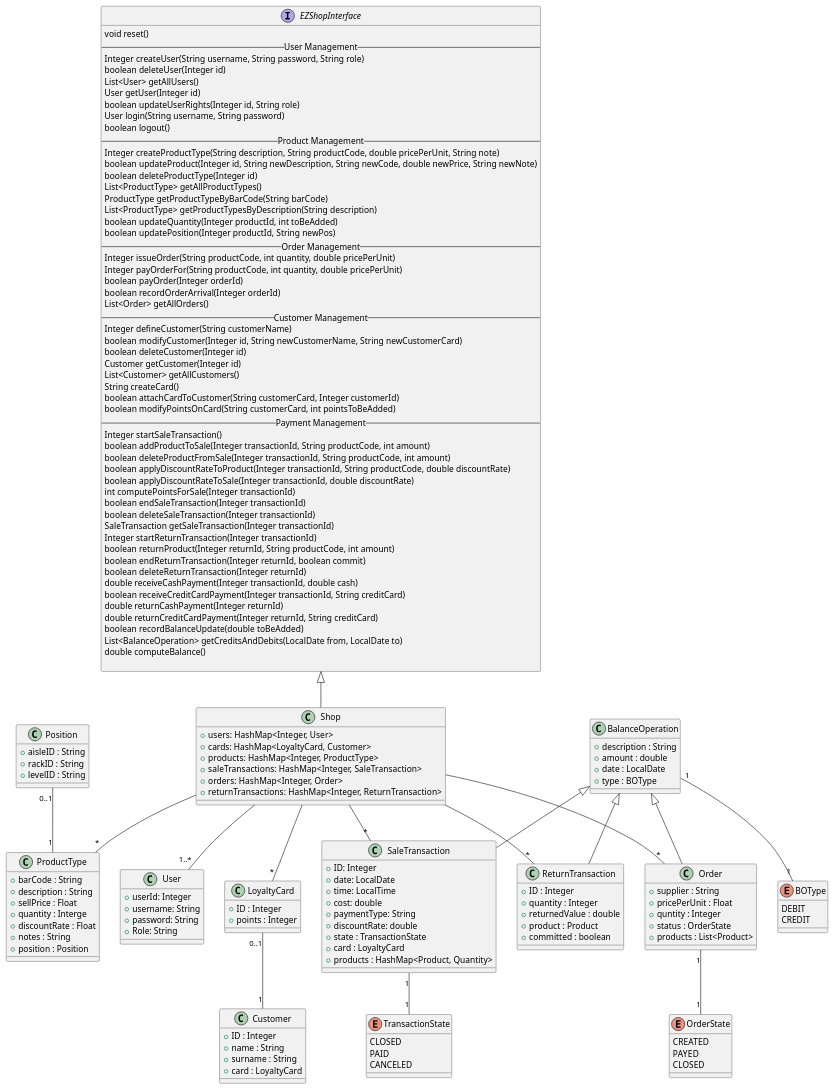
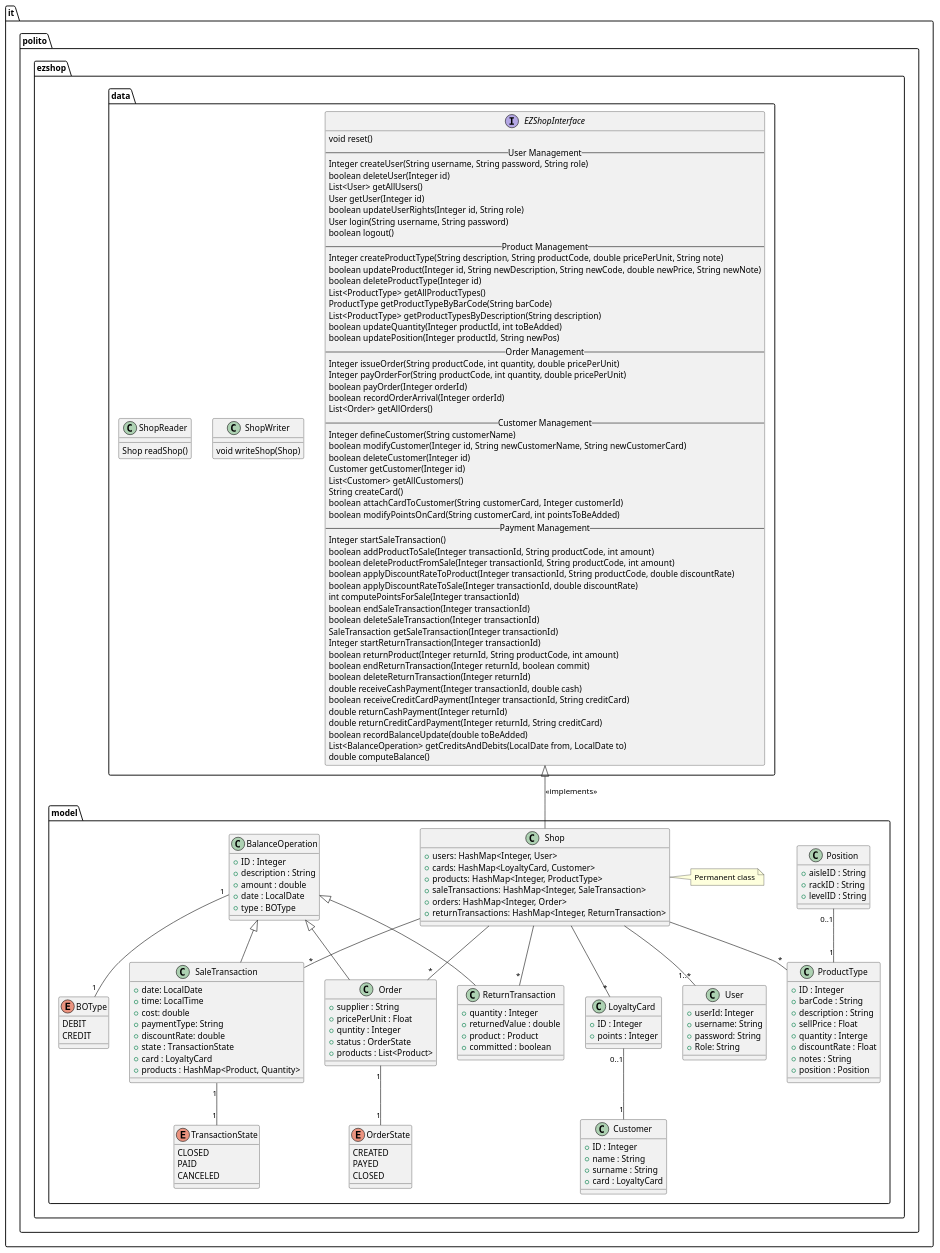
The second of 18 diagrams in Deliverables/DesignDocument.md (ThePiromaximus/ezshop), drawn with PlantUML before and after one commit. The commit also changed other lines of this file, not shown here.

````diff
--- a/Deliverables/DesignDocument.md
+++ b/Deliverables/DesignDocument.md
@@ -45,161 +45,172 @@
 ```plantuml
 @startuml
-interface "EZShopInterface" as API{
- void reset()
- -- User Management --
- Integer createUser(String username, String password, String role) 
- boolean deleteUser(Integer id) 
- List<User> getAllUsers() 
- User getUser(Integer id) 
- boolean updateUserRights(Integer id, String role)
- User login(String username, String password) 
- boolean logout()
- -- Product Management --
- Integer createProductType(String description, String productCode, double pricePerUnit, String note)
- boolean updateProduct(Integer id, String newDescription, String newCode, double newPrice, String newNote)
- boolean deleteProductType(Integer id) 
- List<ProductType> getAllProductTypes() 
- ProductType getProductTypeByBarCode(String barCode) 
- List<ProductType> getProductTypesByDescription(String description) 
- boolean updateQuantity(Integer productId, int toBeAdded) 
- boolean updatePosition(Integer productId, String newPos) 
- -- Order Management --
- Integer issueOrder(String productCode, int quantity, double pricePerUnit)
- Integer payOrderFor(String productCode, int quantity, double pricePerUnit)
- boolean payOrder(Integer orderId) 
- boolean recordOrderArrival(Integer orderId) 
- List<Order> getAllOrders() 
- -- Customer Management --
- Integer defineCustomer(String customerName) 
- boolean modifyCustomer(Integer id, String newCustomerName, String newCustomerCard) 
- boolean deleteCustomer(Integer id) 
- Customer getCustomer(Integer id) 
- List<Customer> getAllCustomers() 
- String createCard() 
- boolean attachCardToCustomer(String customerCard, Integer customerId) 
- boolean modifyPointsOnCard(String customerCard, int pointsToBeAdded) 
- -- Payment Management --
- Integer startSaleTransaction() 
- boolean addProductToSale(Integer transactionId, String productCode, int amount) 
- boolean deleteProductFromSale(Integer transactionId, String productCode, int amount) 
- boolean applyDiscountRateToProduct(Integer transactionId, String productCode, double discountRate) 
- boolean applyDiscountRateToSale(Integer transactionId, double discountRate) 
- int computePointsForSale(Integer transactionId) 
- boolean endSaleTransaction(Integer transactionId) 
- boolean deleteSaleTransaction(Integer transactionId) 
- SaleTransaction getSaleTransaction(Integer transactionId) 
- Integer startReturnTransaction(Integer transactionId) 
- boolean returnProduct(Integer returnId, String productCode, int amount) 
- boolean endReturnTransaction(Integer returnId, boolean commit) 
- boolean deleteReturnTransaction(Integer returnId) 
- double receiveCashPayment(Integer transactionId, double cash) 
- boolean receiveCreditCardPayment(Integer transactionId, String creditCard) 
- double returnCashPayment(Integer returnId) 
- double returnCreditCardPayment(Integer returnId, String creditCard) 
- boolean recordBalanceUpdate(double toBeAdded) 
- List<BalanceOperation> getCreditsAndDebits(LocalDate from, LocalDate to) 
- double computeBalance()
+package it.polito.ezshop.data {
+    interface "EZShopInterface" as API{
+    void reset()
+    -- User Management --
+    Integer createUser(String username, String password, String role) 
+    boolean deleteUser(Integer id) 
+    List<User> getAllUsers() 
+    User getUser(Integer id) 
+    boolean updateUserRights(Integer id, String role)
+    User login(String username, String password) 
+    boolean logout()
+    -- Product Management --
+    Integer createProductType(String description, String productCode, double pricePerUnit, String note)
+    boolean updateProduct(Integer id, String newDescription, String newCode, double newPrice, String newNote)
+    boolean deleteProductType(Integer id) 
+    List<ProductType> getAllProductTypes() 
+    ProductType getProductTypeByBarCode(String barCode) 
+    List<ProductType> getProductTypesByDescription(String description) 
+    boolean updateQuantity(Integer productId, int toBeAdded) 
+    boolean updatePosition(Integer productId, String newPos) 
+    -- Order Management --
+    Integer issueOrder(String productCode, int quantity, double pricePerUnit)
+    Integer payOrderFor(String productCode, int quantity, double pricePerUnit)
+    boolean payOrder(Integer orderId) 
+    boolean recordOrderArrival(Integer orderId) 
+    List<Order> getAllOrders() 
+    -- Customer Management --
+    Integer defineCustomer(String customerName) 
+    boolean modifyCustomer(Integer id, String newCustomerName, String newCustomerCard) 
+    boolean deleteCustomer(Integer id) 
+    Customer getCustomer(Integer id) 
+    List<Customer> getAllCustomers() 
+    String createCard() 
+    boolean attachCardToCustomer(String customerCard, Integer customerId) 
+    boolean modifyPointsOnCard(String customerCard, int pointsToBeAdded) 
+    -- Payment Management --
+    Integer startSaleTransaction() 
+    boolean addProductToSale(Integer transactionId, String productCode, int amount) 
+    boolean deleteProductFromSale(Integer transactionId, String productCode, int amount) 
+    boolean applyDiscountRateToProduct(Integer transactionId, String productCode, double discountRate) 
+    boolean applyDiscountRateToSale(Integer transactionId, double discountRate) 
+    int computePointsForSale(Integer transactionId) 
+    boolean endSaleTransaction(Integer transactionId) 
+    boolean deleteSaleTransaction(Integer transactionId) 
+    SaleTransaction getSaleTransaction(Integer transactionId) 
+    Integer startReturnTransaction(Integer transactionId) 
+    boolean returnProduct(Integer returnId, String productCode, int amount) 
+    boolean endReturnTransaction(Integer returnId, boolean commit) 
+    boolean deleteReturnTransaction(Integer returnId) 
+    double receiveCashPayment(Integer transactionId, double cash) 
+    boolean receiveCreditCardPayment(Integer transactionId, String creditCard) 
+    double returnCashPayment(Integer returnId) 
+    double returnCreditCardPayment(Integer returnId, String creditCard) 
+    boolean recordBalanceUpdate(double toBeAdded) 
+    List<BalanceOperation> getCreditsAndDebits(LocalDate from, LocalDate to) 
+    double computeBalance()
+    }
 
+    class ShopWriter {
+       void writeShop(Shop)
+    }
+    class ShopReader {
+        Shop readShop()
+    }
 }
 
-class Shop {
- +users: HashMap<Integer, User>
- +cards: HashMap<LoyaltyCard, Customer>
- +products: HashMap<Integer, ProductType>
- +saleTransactions: HashMap<Integer, SaleTransaction>
- +orders: HashMap<Integer, Order>
- +returnTransactions: HashMap<Integer, ReturnTransaction>
-}
+package it.polito.ezshop.model{
+    class Shop {
+        +users: HashMap<Integer, User>
+        +cards: HashMap<LoyaltyCard, Customer>
+        +products: HashMap<Integer, ProductType>
+        +saleTransactions: HashMap<Integer, SaleTransaction>
+        +orders: HashMap<Integer, Order>
+        +returnTransactions: HashMap<Integer, ReturnTransaction>
+    }
 
-class User {
- +userId: Integer
- +username: String
- +password: String
- +Role: String
-}
+    note right of Shop: Permanent class
+
+    class User {
+        +userId: Integer
+        +username: String
+        +password: String
+        +Role: String
+    }
 
 
-class ProductType {
-    +barCode : String
-    +description : String
-    +sellPrice : Float
-    +quantity : Interge
-    +discountRate : Float
-    +notes : String
-    +position : Position
+    class ProductType {
+        +ID : Integer
+        +barCode : String
+        +description : String
+        +sellPrice : Float
+        +quantity : Interge
+        +discountRate : Float
+        +notes : String
+        +position : Position
+    }
+
+    class Position {
+        +aisleID : String
+        +rackID : String
+        +levelID : String
+    }
+
+    enum OrderState {
+        CREATED
+        PAYED
+        CLOSED
+    }
+
+    class Order {
+        +supplier : String
+        +pricePerUnit : Float
+        +quntity : Integer
+        +status : OrderState
+        +products : List<Product>
+    }
+
+    class Customer {
+        + ID : Integer
+        + name : String
+        + surname : String
+        + card : LoyaltyCard
+    }
+
+    class LoyaltyCard {
+        + ID : Integer
+        + points : Integer
+        
+    }
+
+    class BalanceOperation {
+        + ID : Integer
+        + description : String
+        + amount : double
+        + date : LocalDate
+        + type : BOType
+    }
+
+    enum BOType {
+    DEBIT
+    CREDIT
+    }
+
+    class ReturnTransaction {
+        + quantity : Integer
+        + returnedValue : double
+        + product : Product
+        + committed : boolean
+    }
+
+    class SaleTransaction {
+        +date: LocalDate
+        +time: LocalTime
+        +cost: double
+        +paymentType: String
+        +discountRate: double
+        +state : TransactionState
+        +card : LoyaltyCard
+        +products : HashMap<Product, Quantity>
+    }
+
+    enum TransactionState {
+    CLOSED
+    PAID
+    CANCELED
+    }
 }
-
-class Position {
-    +aisleID : String
-    +rackID : String
-    +levelID : String
-}
-
-enum OrderState {
-    CREATED
-    PAYED
-    CLOSED
-}
-
-class Order {
-    +supplier : String
-    +pricePerUnit : Float
-    +quntity : Integer
-    +status : OrderState
-    +products : List<Product>
-}
-
-class Customer {
-    + ID : Integer
-    + name : String
-    + surname : String
-    + card : LoyaltyCard
-}
-
-class LoyaltyCard {
-    + ID : Integer
-    + points : Integer
-    
-}
-
-class BalanceOperation {
-    + description : String
-    + amount : double
-    + date : LocalDate
-    + type : BOType
-}
-
-enum BOType {
- DEBIT
- CREDIT
-}
-
-class ReturnTransaction {
-    + ID : Integer
-    + quantity : Integer
-    + returnedValue : double
-    + product : Product
-    + committed : boolean
-}
-
-class SaleTransaction {
-    +ID: Integer
-    +date: LocalDate
-    +time: LocalTime
-    +cost: double
-    +paymentType: String
-    +discountRate: double
-    +state : TransactionState
-    +card : LoyaltyCard
-    +products : HashMap<Product, Quantity>
-}
-
-enum TransactionState {
-  CLOSED
-  PAID
-  CANCELED
-}
-
 LoyaltyCard "0..1" -- "1" Customer
 Shop -- "1..*" User
 Shop --  "*" ReturnTransaction
@@ -207,6 +218,7 @@
 Shop -- "*" SaleTransaction
 Shop -- "*" LoyaltyCard
 Shop -- "*" ProductType
+
 Position "0..1" -- "1" ProductType
 Order "1" --  "1" OrderState
 BalanceOperation "1" -- "1" BOType
@@ -214,6 +226,7 @@
 BalanceOperation <|-- ReturnTransaction
 BalanceOperation <|-- SaleTransaction
 BalanceOperation <|-- Order
-API <|-- Shop
+API <|-- Shop : <<implements>>
+
 @enduml
 ```
````
